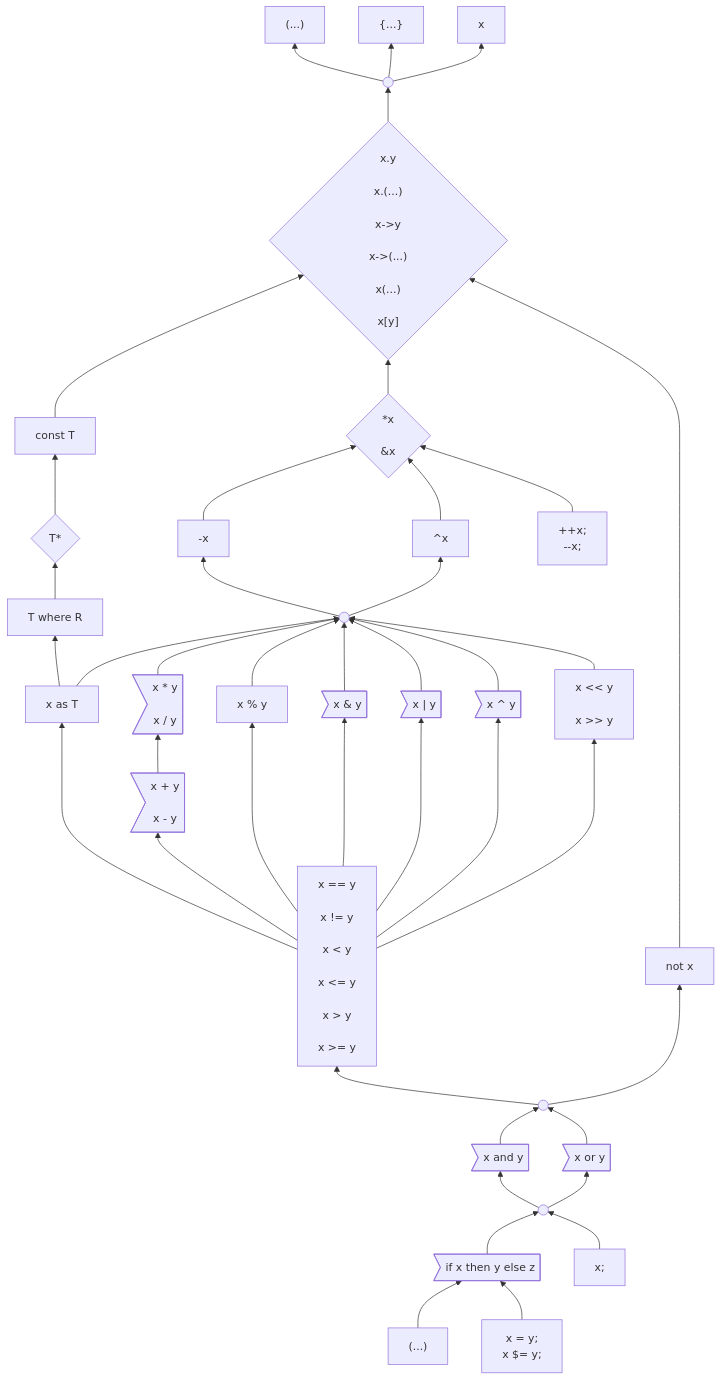
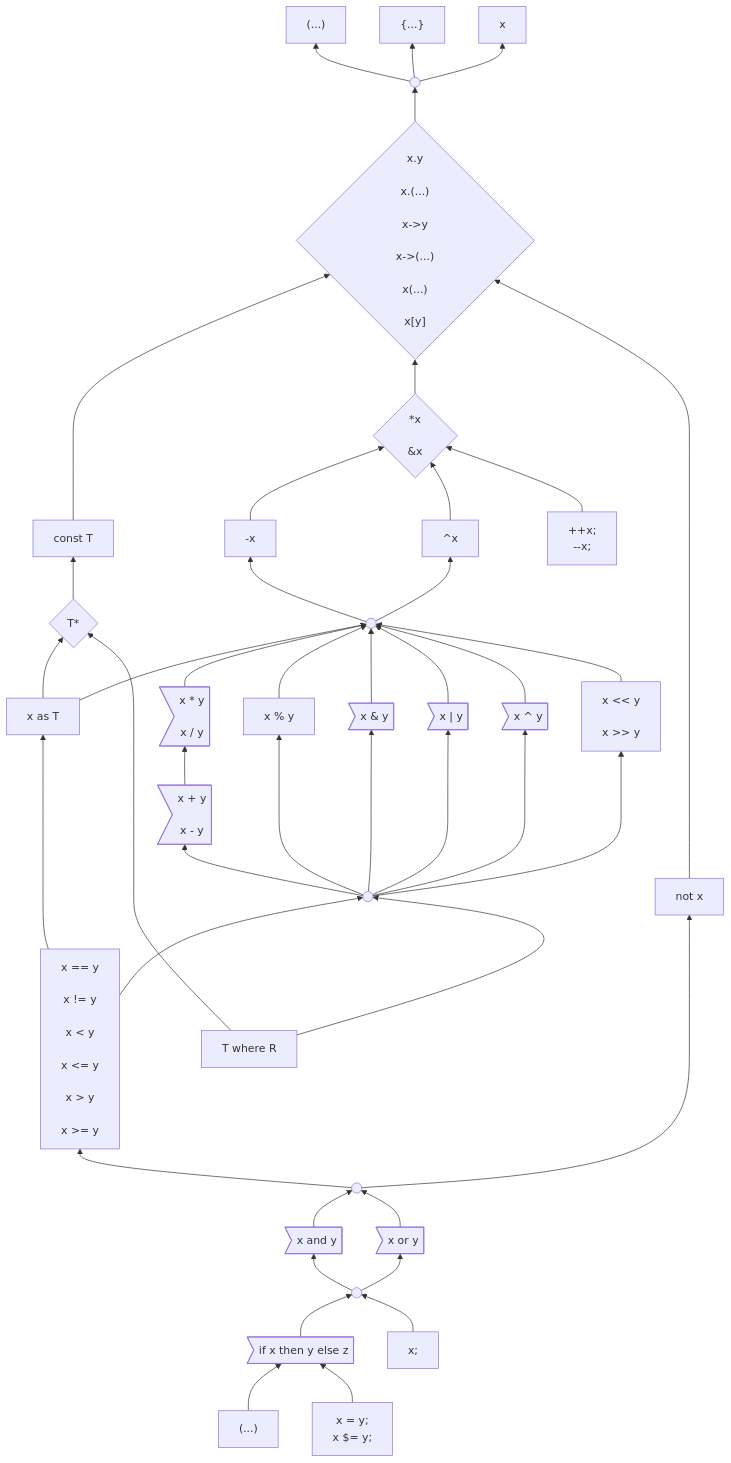
One commit to carbon-language/carbon-lang changed the first of 3 diagrams in docs/design/expressions/README.md. Above: the diagram before and after it, drawn with Mermaid.

Commit message:
Checkpoint progress.

```diff
--- a/docs/design/expressions/README.md
+++ b/docs/design/expressions/README.md
@@ -93,8 +93,6 @@
 
     unary((" "))
 
-    where["T where R"]
-
     as["x as T"]
     click as "https://github.com/carbon-language/carbon-lang/blob/trunk/docs/design/expressions/implicit_conversions.md"
 
@@ -120,6 +118,8 @@
            x >> y"]
     click shift "https://github.com/carbon-language/carbon-lang/blob/trunk/docs/design/expressions/bitwise.md"
 
+    binaryOps((" "))
+
     comparison["x == y<br>
                 x != y<br>
                 x < y<br>
@@ -141,6 +141,8 @@
 
     logicalExpression((" "))
 
+    where["T where R"]
+
     if>"if x then y else z"]
     click if "https://github.com/carbon-language/carbon-lang/blob/trunk/docs/design/expressions/if.md"
 
@@ -157,8 +159,7 @@
 
     constType --> suffixOps
     pointerType --> constType
-    as --> where
-    where --> pointerType
+    as --> pointerType
 
     pointer --> suffixOps
     negation & complement & incDec --> pointer
@@ -167,7 +168,9 @@
     not -------> suffixOps
     as & multiplication & modulo & bitwise_and & bitwise_or & bitwise_xor & shift --> unary
     addition --> multiplication
-    comparison --> as & addition & modulo & bitwise_and & bitwise_or & bitwise_xor & shift
+    binaryOps --> addition & modulo & bitwise_and & bitwise_or & bitwise_xor & shift
+    comparison --> as & binaryOps
+    where --> pointerType & binaryOps
     logicalOperand --> comparison & not
     and & or --> logicalOperand
     logicalExpression --> and & or
```
